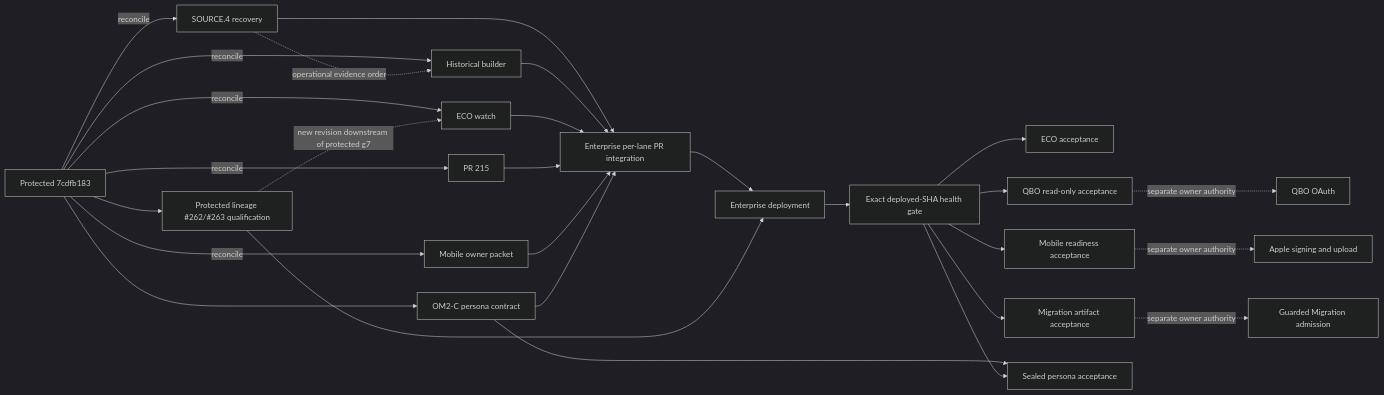
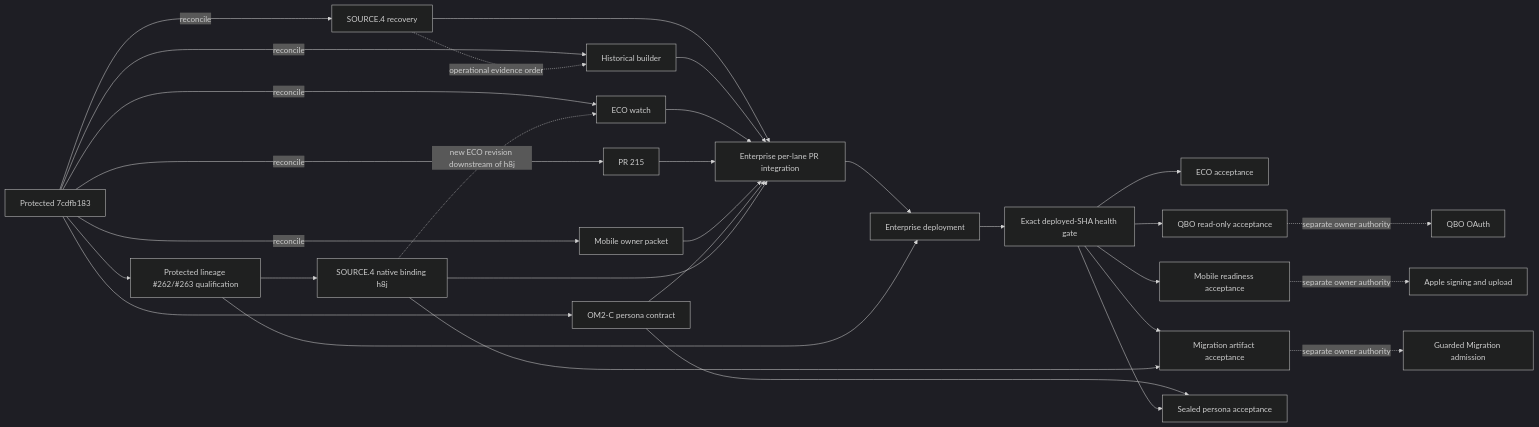
One commit to ACPEnterprise/ACP-Enterprise changed the diagram in docs/operations/launch-20260911/om1-enterprise-integration-queue-current.md. Above: the diagram before and after it, drawn with Mermaid (dark theme). The commit also changed other lines of this file, not shown here.

Commit message:
docs(enterprise): refresh launch queue for native binding

````diff
--- a/docs/operations/launch-20260911/om1-enterprise-integration-queue-current.md
+++ b/docs/operations/launch-20260911/om1-enterprise-integration-queue-current.md
@@ -118,30 +120,33 @@
 ```mermaid
 flowchart LR
     A[Protected 7cdfb183] -->|reconcile| R[SOURCE.4 recovery]
     A --> C[OM2-C persona contract]
     A --> L[Protected lineage #262/#263 qualification]
+    L --> N[SOURCE.4 native binding h8j]
     A -->|reconcile| B[Historical builder]
     A -->|reconcile| E[ECO watch]
     A -->|reconcile| P[PR 215]
     A -->|reconcile| M[Mobile owner packet]
     R -.->|operational evidence order| B
     R --> I[Enterprise per-lane PR integration]
     B --> I
     E --> I
     P --> I
     M --> I
     C --> I
-    L -.->|new revision downstream of protected g7| E
+    N --> I
+    N -.->|new ECO revision downstream of h8j| E
     I --> D[Enterprise deployment]
     L --> D
     D --> H[Exact deployed-SHA health gate]
     H --> EA[ECO acceptance]
     H --> QA[QBO read-only acceptance]
     H --> MA[Mobile readiness acceptance]
     H --> XA[Migration artifact acceptance]
     C --> PA[Sealed persona acceptance]
     H --> PA
+    N --> XA
     XA -.->|separate owner authority| MG[Guarded Migration admission]
     QA -.->|separate owner authority| QG[QBO OAuth]
     MA -.->|separate owner authority| AG[Apple signing and upload]
 ```
````
